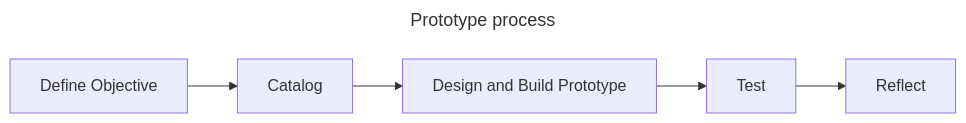
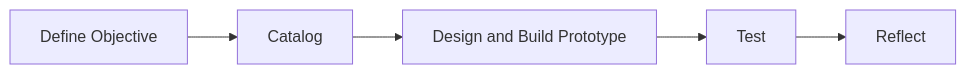
The first of 3 diagrams in _posts/2025-07-03-this-is-prototype-book.md (knatarasan/knatarasan.github.io), drawn with Mermaid before and after one commit. The commit also changed other lines of this file, not shown here.

````diff
--- a/_posts/2025-07-03-this-is-prototype-book.md
+++ b/_posts/2025-07-03-this-is-prototype-book.md
@@ -53,10 +53,7 @@
 ```mermaid
----
-title: Prototype process
----
 flowchart LR
 DO[Define Objective] --> C[Catalog]
 C--> DE[Design and Build Prototype]
 DE --> TE[Test]
 TE --> RE[Reflect]
 ```
````
